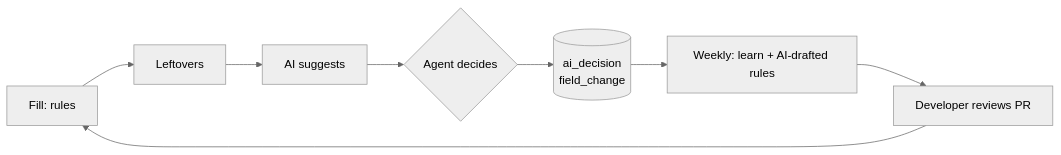
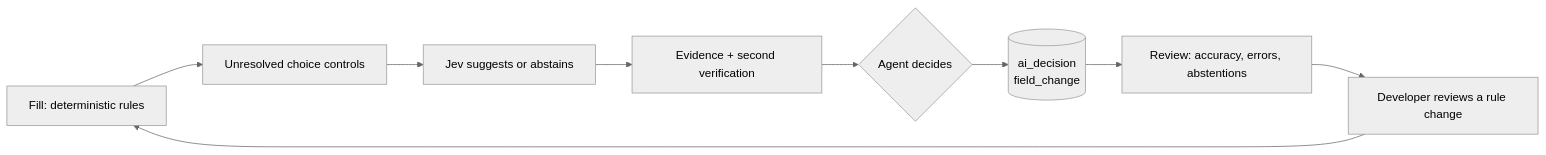
The fifth of 5 diagrams in docs/ai-assistant.md (lutfikeskin/tni-rater-autofill), drawn with Mermaid (neutral theme) before and after one commit. The commit also changed other lines of this file and 20 other files, not shown here.

First line of the commit message:
feat(ai): Replace Luna with evidence-checked Jev decisions

````diff
--- a/docs/ai-assistant.md
+++ b/docs/ai-assistant.md
@@ -157,10 +188,11 @@
 ```mermaid
 flowchart LR
-  F[Fill: rules] --> L[Leftovers]
-  L --> AI[AI suggests]
-  AI --> D{Agent decides}
+  F[Fill: deterministic rules] --> L[Unresolved choice controls]
+  L --> AI[Jev suggests or abstains]
+  AI --> V[Evidence + second verification]
+  V --> D{Agent decides}
   D --> LOG[(ai_decision<br/>field_change)]
-  LOG --> LR[Weekly: learn + AI-drafted rules]
-  LR --> RV[Developer reviews PR]
+  LOG --> LR[Review: accuracy, errors, abstentions]
+  LR --> RV[Developer reviews a rule change]
   RV --> F
 ```
````
